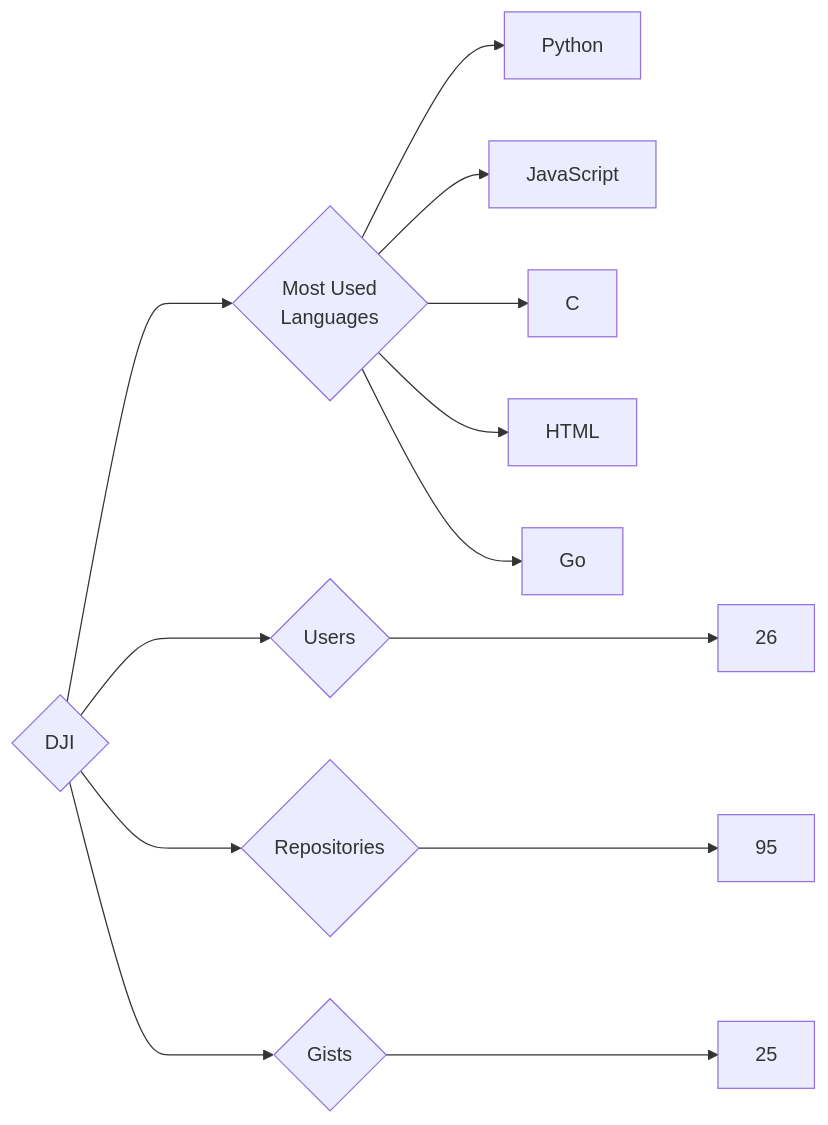
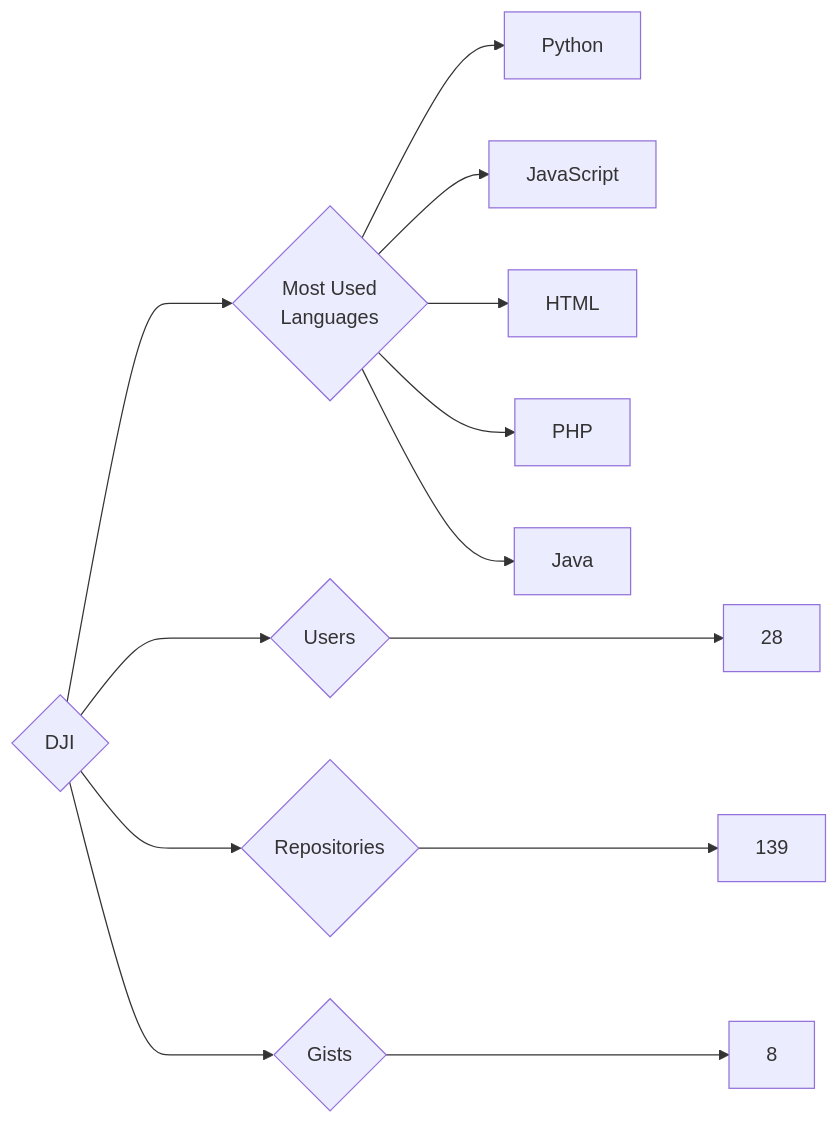
One commit to trickest/insiders changed the diagram in targets/DJI/README.md. Above: the diagram before and after it, drawn with Mermaid. The commit also changed 750 other files, not shown here.

````diff
--- a/targets/DJI/README.md
+++ b/targets/DJI/README.md
@@ -3,13 +3,13 @@
 ```mermaid
 graph LR
 COMPANY_NAME{DJI}
-COMPANY_NAME ---> U{Users} ---> UN[26]
-COMPANY_NAME ---> R{Repositories} ---> RN[95]
-COMPANY_NAME ---> G{Gists} ---> GN[25]
+COMPANY_NAME ---> U{Users} ---> UN[28]
+COMPANY_NAME ---> R{Repositories} ---> RN[139]
+COMPANY_NAME ---> G{Gists} ---> GN[8]
 COMPANY_NAME ---> ML{Most Used<br>Languages}
 ML --> Python[Python]
 ML --> JavaScript[JavaScript]
-ML --> C[C]
 ML --> HTML[HTML]
-ML --> Go[Go]
+ML --> PHP[PHP]
+ML --> Java[Java]
 ```
````
